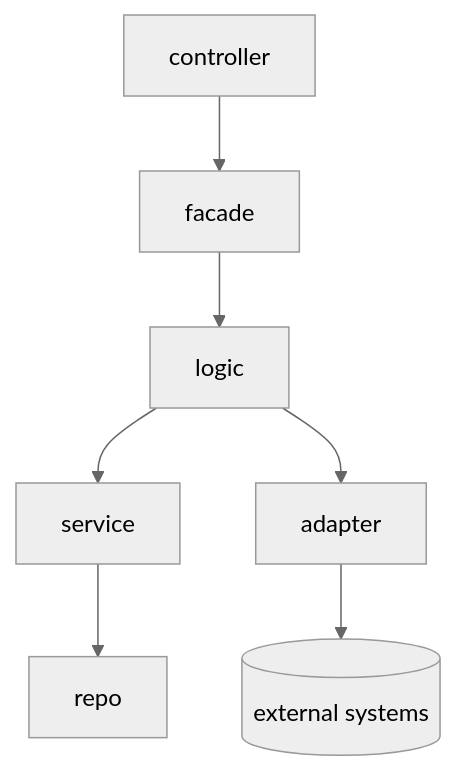
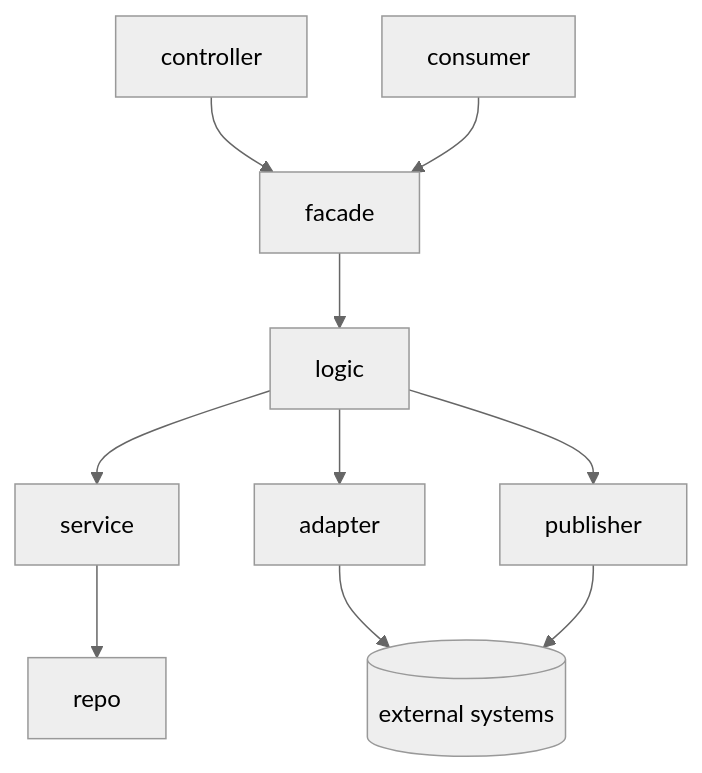
One commit to MarchTs/coding-principle changed the diagram in principles/project-structure.md. Above: the diagram before and after it, drawn with Mermaid (neutral theme). The commit also changed other lines of this file, not shown here.

Commit message:
Add consumer and publisher layers to project structure

````diff
--- a/principles/project-structure.md
+++ b/principles/project-structure.md
@@ -13,9 +15,12 @@
 ```mermaid
 graph TD
   controller[controller] --> facade[facade]
+  consumer[consumer] --> facade
   facade --> logic[logic]
   logic --> service[service]
   logic --> adapter[adapter]
+  logic --> publisher[publisher]
   service --> repo[repo]
   adapter --> external[(external systems)]
+  publisher --> external
 ```
````
